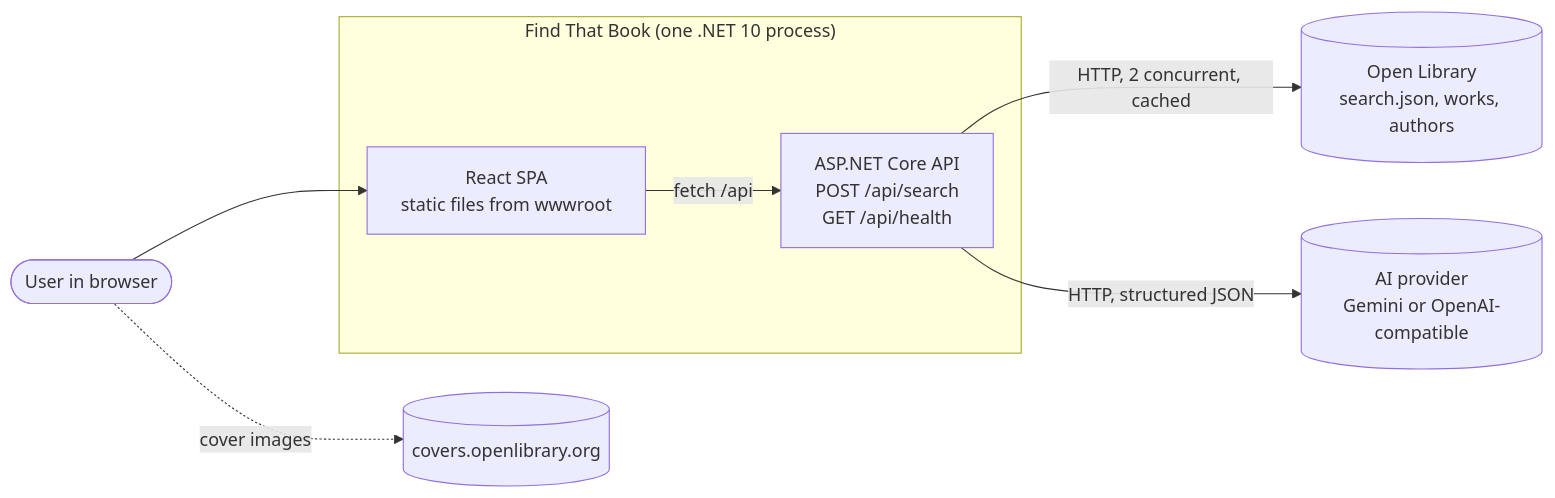
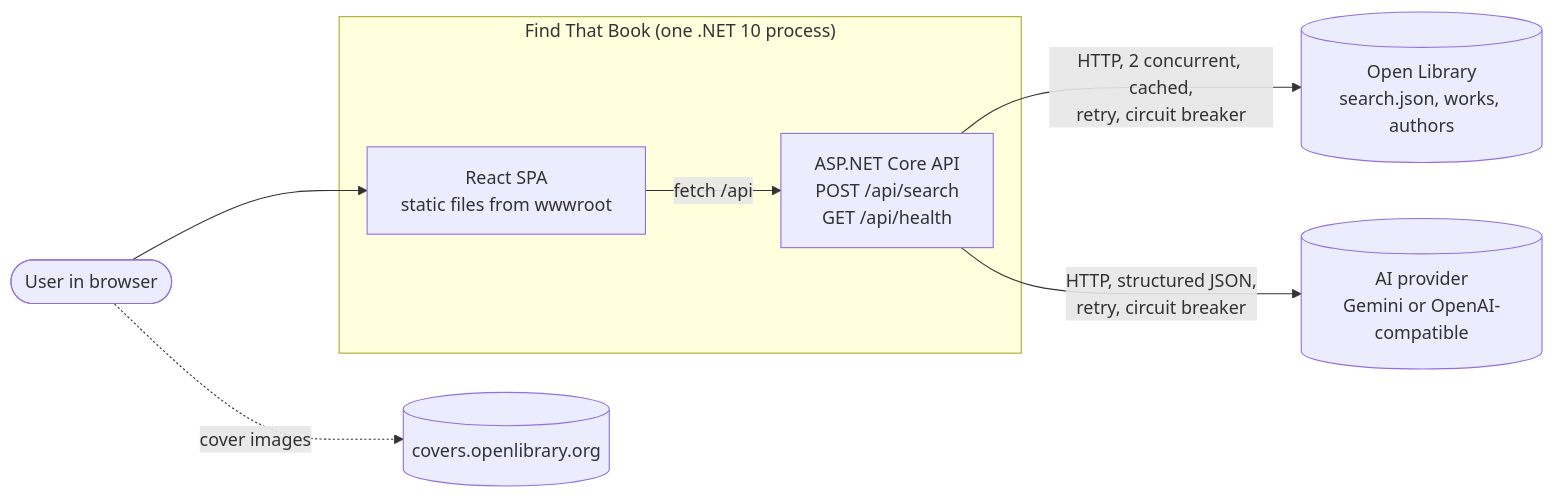
One commit to juan-alvarez-at-trip-arc/find-that-book changed the diagram in docs/architecture/01-system-context.md. Above: the diagram before and after it, drawn with Mermaid. The commit also changed 32 other files, not shown here.

First line of the commit message:
feat: add Polly retry, circuit breaker and timeouts for Open Library and AI calls

````diff
--- a/docs/architecture/01-system-context.md
+++ b/docs/architecture/01-system-context.md
@@ -3,17 +3,17 @@
 ```mermaid
 flowchart LR
     user([User in browser])
     subgraph app["Find That Book (one .NET 10 process)"]
         ui["React SPA<br/>static files from wwwroot"]
         api["ASP.NET Core API<br/>POST /api/search<br/>GET /api/health"]
     end
     ol[("Open Library<br/>search.json, works, authors")]
     covers[("covers.openlibrary.org")]
     ai[("AI provider<br/>Gemini or OpenAI-compatible")]
 
     user --> ui
     ui -- "fetch /api" --> api
-    api -- "HTTP, 2 concurrent, cached" --> ol
-    api -- "HTTP, structured JSON" --> ai
+    api -- "HTTP, 2 concurrent, cached,<br/>retry, circuit breaker" --> ol
+    api -- "HTTP, structured JSON,<br/>retry, circuit breaker" --> ai
     user -. "cover images" .-> covers
 ```
````
